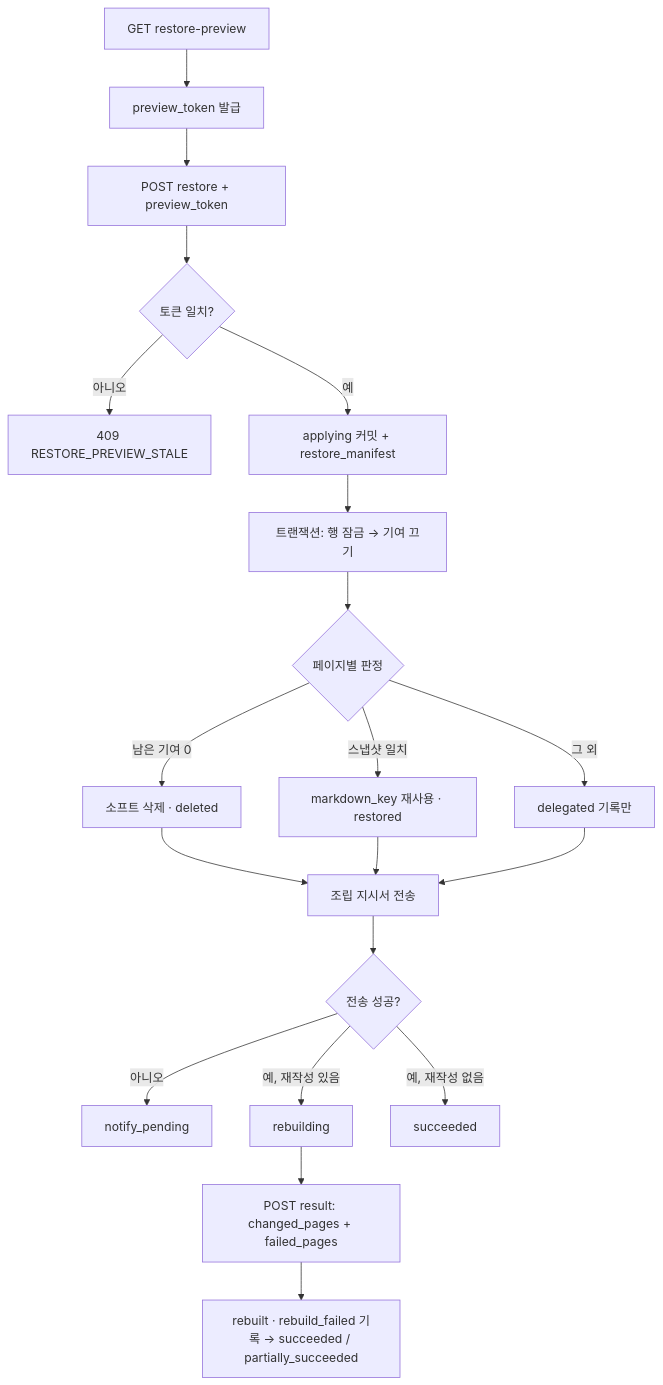
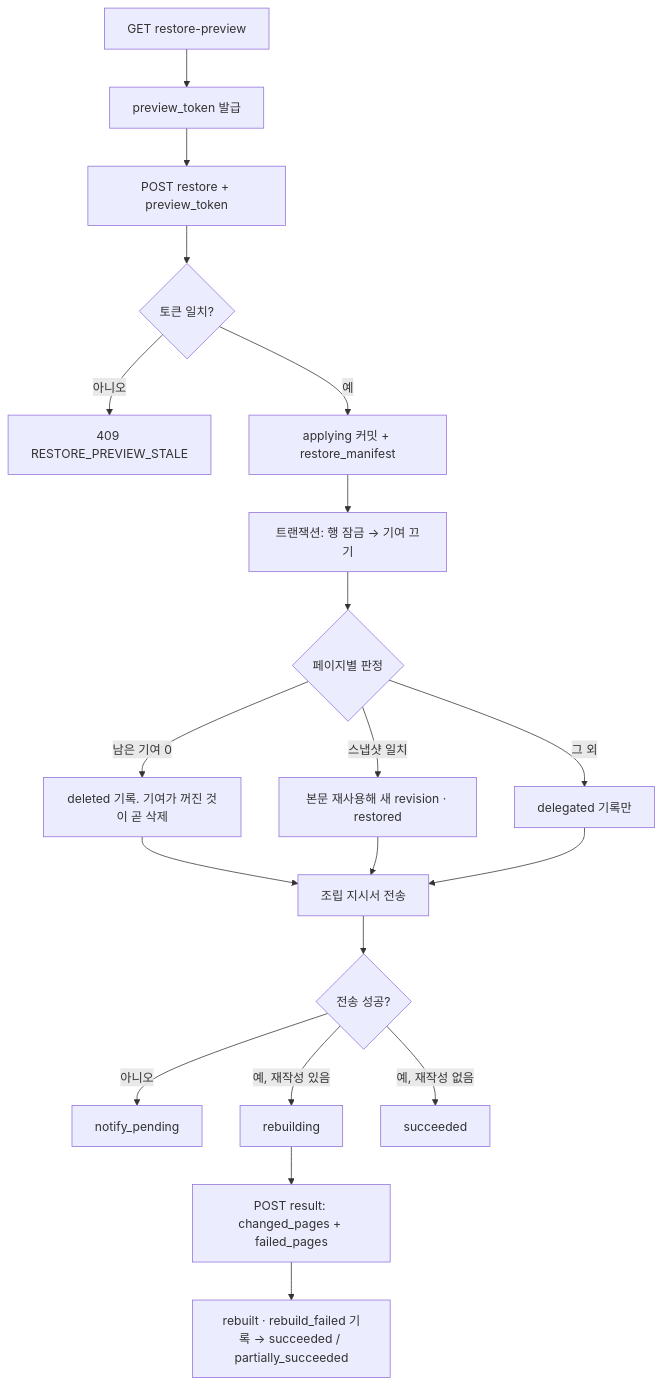
Before and after one commit to FruitionKR/local-pilot: the second of 2 diagrams in docs/spec/api/ai-operation-log.md, drawn with Mermaid. The commit also changed other lines of this file and 14 other files, not shown here.

````diff
--- a/docs/spec/api/ai-operation-log.md
+++ b/docs/spec/api/ai-operation-log.md
@@ -498,22 +495,22 @@
 ```mermaid
 flowchart TD
     A[GET restore-preview] --> B[preview_token 발급]
     B --> C[POST restore + preview_token]
     C --> D{토큰 일치?}
     D -- 아니오 --> E[409 RESTORE_PREVIEW_STALE]
     D -- 예 --> F[applying 커밋 + restore_manifest]
     F --> G[트랜잭션: 행 잠금 → 기여 끄기]
     G --> H{페이지별 판정}
-    H -- 남은 기여 0 --> I[소프트 삭제 · deleted]
-    H -- 스냅샷 일치 --> J[markdown_key 재사용 · restored]
+    H -- 남은 기여 0 --> I[deleted 기록. 기여가 꺼진 것이 곧 삭제]
+    H -- 스냅샷 일치 --> J[본문 재사용해 새 revision · restored]
     H -- 그 외 --> K[delegated 기록만]
     I --> L[조립 지시서 전송]
     J --> L
     K --> L
     L --> M{전송 성공?}
     M -- 아니오 --> N[notify_pending]
     M -- 예, 재작성 있음 --> O[rebuilding]
     M -- 예, 재작성 없음 --> P[succeeded]
     O --> Q[POST result: changed_pages + failed_pages]
     Q --> R[rebuilt · rebuild_failed 기록 → succeeded / partially_succeeded]
 ```
````
